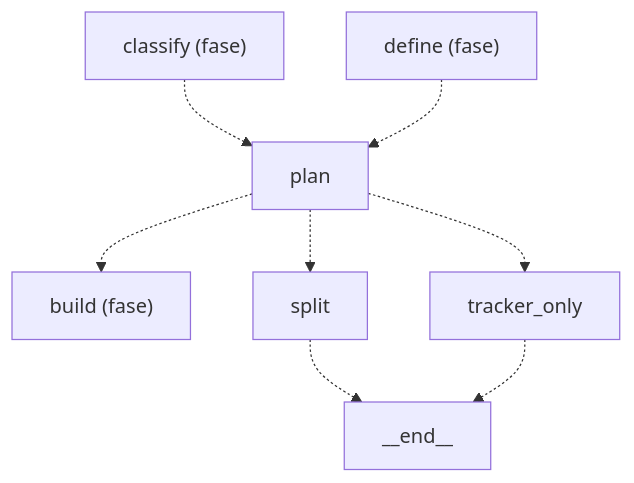
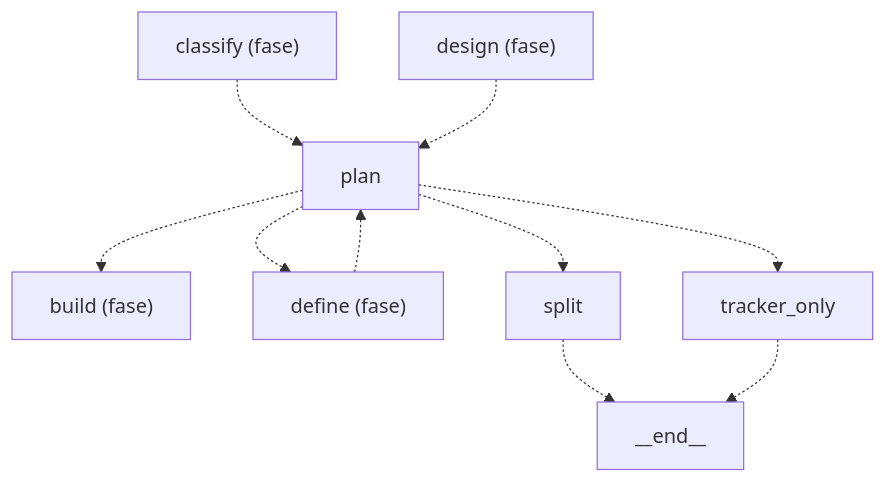
Before and after one commit to GonzaloZevallos/agentic-system: the diagram in docs/architecture/generated/role-graph-plan.md, drawn with Mermaid. The commit also changed other lines of this file and 13 other files, not shown here.

Commit message:
Add the define and diagnose edges the promotion routing needs to the graph, test a mid-run promotion, and split the role-graph pages to fit the budget

````diff
--- a/docs/architecture/generated/role-graph-plan.md
+++ b/docs/architecture/generated/role-graph-plan.md
@@ -13,17 +13,20 @@
 ```mermaid
 graph TD
     __end__["__end__"]
     phase_build["build (fase)"]
     phase_classify["classify (fase)"]
     phase_define["define (fase)"]
+    phase_design["design (fase)"]
     plan["plan"]
     split["split"]
     tracker_only["tracker_only"]
     phase_classify -.-> plan
     phase_define -.-> plan
+    phase_design -.-> plan
     plan -.-> phase_build
+    plan -.-> phase_define
     plan -.-> split
     plan -.-> tracker_only
     split -.-> __end__
     tracker_only -.-> __end__
 ```
````
